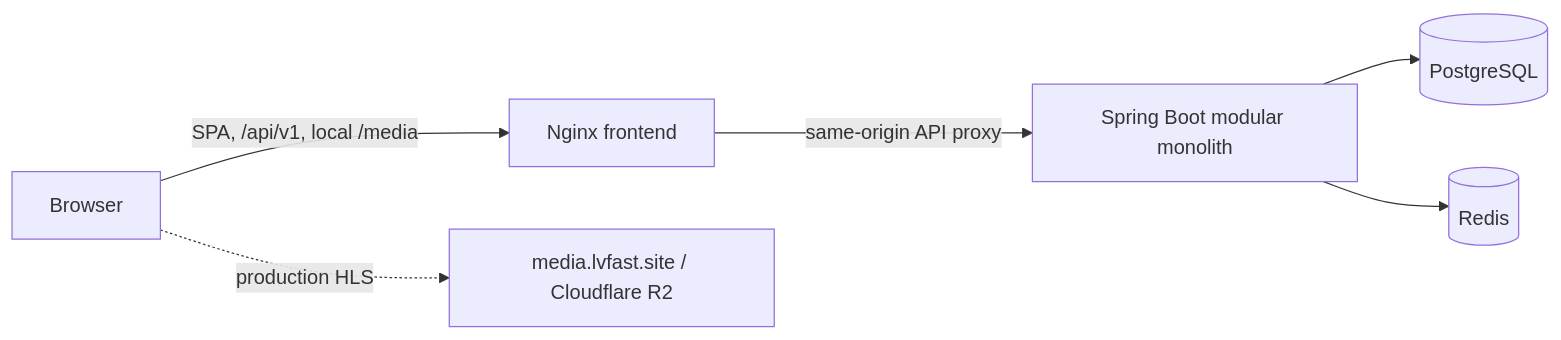
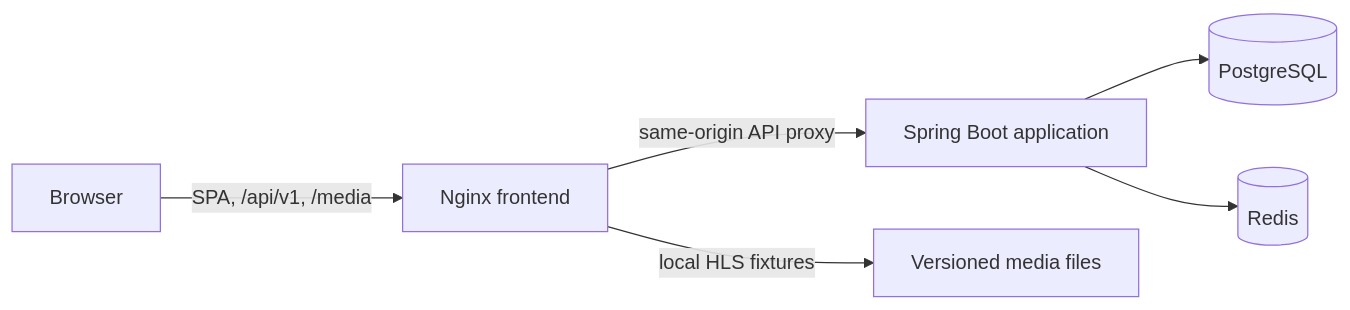
One commit to lvfast/movies-streaming-platform changed the diagram in docs/architecture.md. Above: the diagram before and after it, drawn with Mermaid. The commit also changed other lines of this file and 4 other files, not shown here.

````diff
--- a/docs/architecture.md
+++ b/docs/architecture.md
@@ -11,8 +11,8 @@
 ```mermaid
 flowchart LR
-    B[Browser] -->|SPA, /api/v1, local /media| N[Nginx frontend]
-    N -->|same-origin API proxy| A[Spring Boot modular monolith]
+    B[Browser] -->|SPA, /api/v1, /media| N[Nginx frontend]
+    N -->|same-origin API proxy| A[Spring Boot application]
+    N -->|local HLS fixtures| M[Versioned media files]
     A --> P[(PostgreSQL)]
     A --> R[(Redis)]
-    B -. production HLS .-> C[media.lvfast.site / Cloudflare R2]
 ```
````
